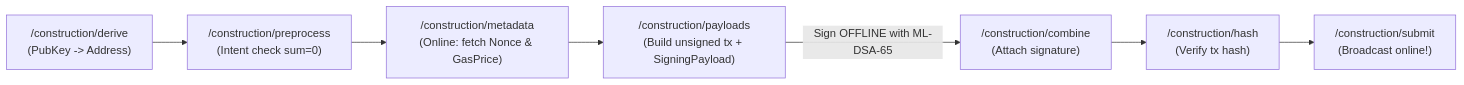
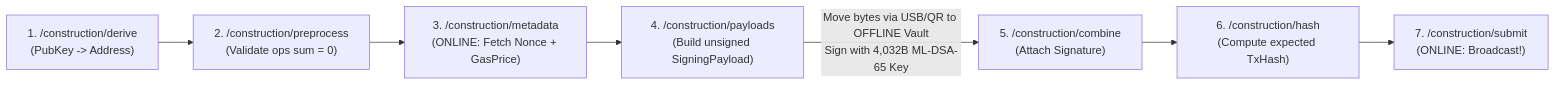
Before and after one commit to oenexa/oenexa-docs: the diagram in 06-hands-on-guides/02_rpc_and_rosetta_api_guide.md, drawn with Mermaid. The commit also changed other lines of this file and 21 other files, not shown here.

Commit message:
feat(docs): expand beginner curriculum with worked examples, visual diagrams, and interactive Visual Learning Studio

````diff
--- a/06-hands-on-guides/02_rpc_and_rosetta_api_guide.md
+++ b/06-hands-on-guides/02_rpc_and_rosetta_api_guide.md
@@ -76,9 +92,9 @@
 ```mermaid
 flowchart LR
-    1["/construction/derive\n(PubKey -> Address)"] --> 2["/construction/preprocess\n(Intent check sum=0)"]
-    2 --> 3["/construction/metadata\n(Online: fetch Nonce & GasPrice)"]
-    3 --> 4["/construction/payloads\n(Build unsigned tx + SigningPayload)"]
-    4 -->|"Sign OFFLINE with ML-DSA-65"| 5["/construction/combine\n(Attach signature)"]
-    5 --> 6["/construction/hash\n(Verify tx hash)"]
-    6 --> 7["/construction/submit\n(Broadcast online!)"]
+    S1["1. /construction/derive\n(PubKey -> Address)"] --> S2["2. /construction/preprocess\n(Validate ops sum = 0)"]
+    S2 --> S3["3. /construction/metadata\n(ONLINE: Fetch Nonce + GasPrice)"]
+    S3 --> S4["4. /construction/payloads\n(Build unsigned SigningPayload)"]
+    S4 -->|"Move bytes via USB/QR to OFFLINE Vault\nSign with 4,032B ML-DSA-65 Key"| S5["5. /construction/combine\n(Attach Signature)"]
+    S5 --> S6["6. /construction/hash\n(Compute expected TxHash)"]
+    S6 --> S7["7. /construction/submit\n(ONLINE: Broadcast!)"]
 ```
````
